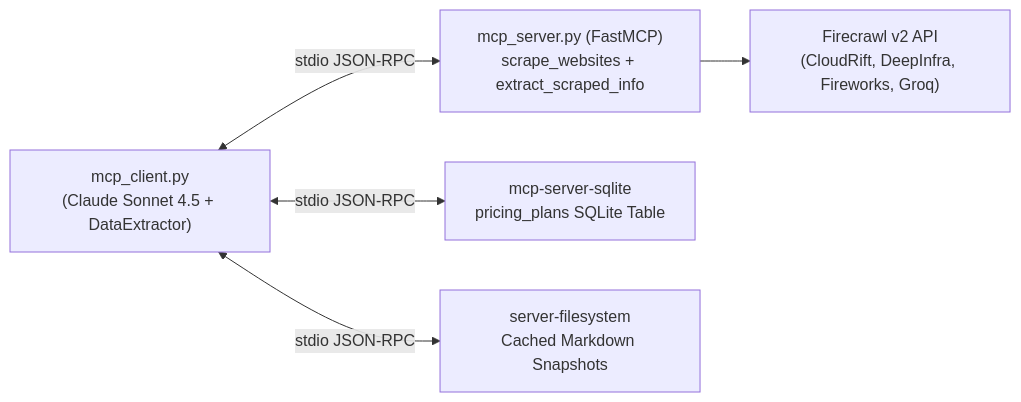
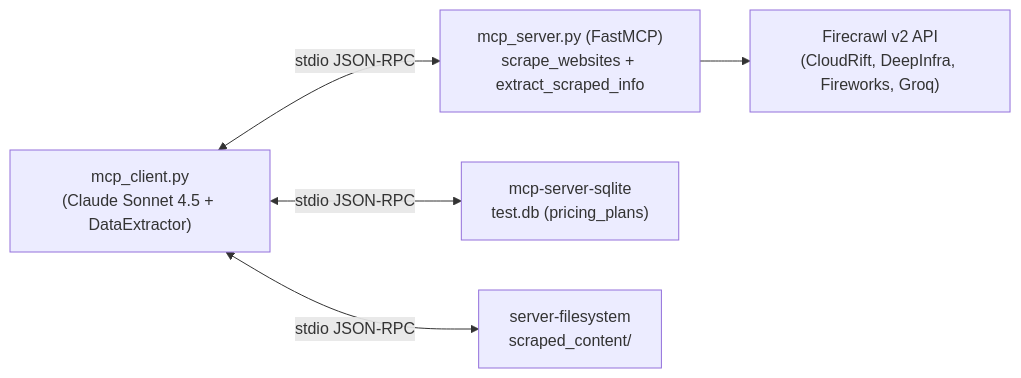
The diagram in README.md (kenseiAmit/mcp-llm-pricing-intelligence), drawn with Mermaid before and after one commit. The commit also changed other lines of this file and 1 other file, not shown here.

Commit message:
docs: add cross-provider MCP token pricing chart and live tool-call transcript

````diff
--- a/README.md
+++ b/README.md
@@ -9,7 +17,7 @@
 ```mermaid
 flowchart LR
     C["mcp_client.py<br/>(Claude Sonnet 4.5 + DataExtractor)"] <-->|"stdio JSON-RPC"| S1["mcp_server.py (FastMCP)<br/>scrape_websites + extract_scraped_info"]
-    C <-->|"stdio JSON-RPC"| S2["mcp-server-sqlite<br/>pricing_plans SQLite Table"]
-    C <-->|"stdio JSON-RPC"| S3["server-filesystem<br/>Cached Markdown Snapshots"]
-    S1 --> F["Firecrawl v2 API<br/>(CloudRift, DeepInfra, Fireworks, Groq)"]
+    C <-->|"stdio JSON-RPC"| S2["mcp-server-sqlite<br/>test.db (pricing_plans)"]
+    C <-->|"stdio JSON-RPC"| S3["server-filesystem<br/>scraped_content/"]
+    S1 --> FC["Firecrawl v2 API<br/>(CloudRift, DeepInfra, Fireworks, Groq)"]
 ```
````
